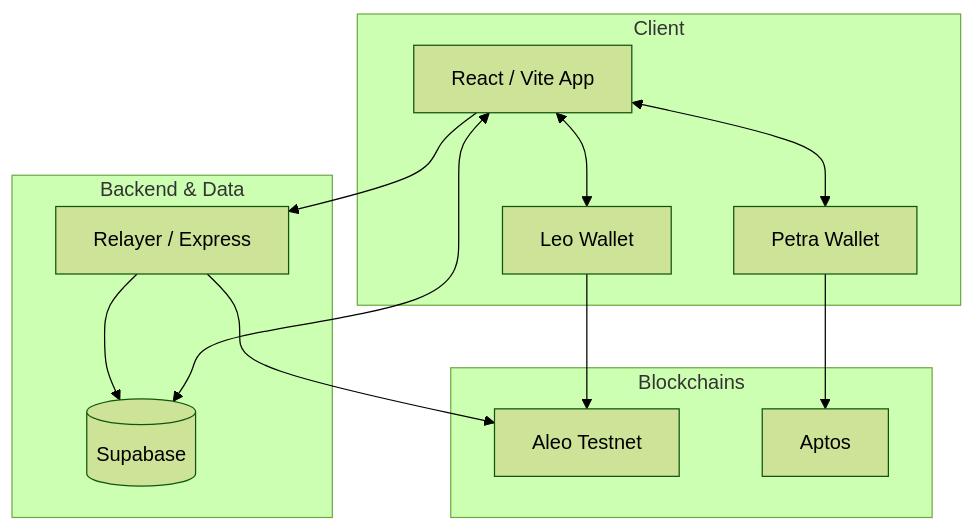
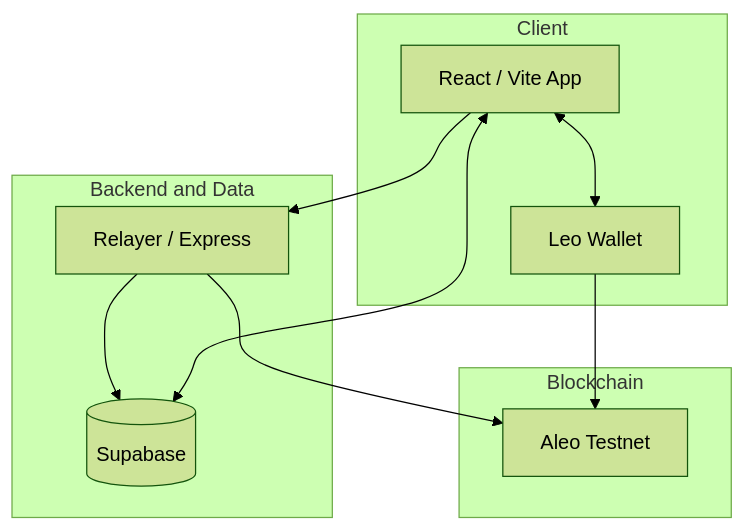
One commit to AmaanSayyad/PrivatePay-Aleo changed the fourth of 6 diagrams in README.md. Above: the diagram before and after it, drawn with Mermaid (forest theme). The commit also changed other lines of this file and 40 other files, not shown here.

````diff
--- a/README.md
+++ b/README.md
@@ -320,27 +318,23 @@
 ```mermaid
 flowchart TB
   subgraph Client["Client"]
     UI[React / Vite App]
     Leo[Leo Wallet]
-    Petra[Petra Wallet]
   end
 
-  subgraph Chains["Blockchains"]
+  subgraph Chains["Blockchain"]
     Aleo[Aleo Testnet]
-    Aptos[Aptos]
   end
 
-  subgraph Backend["Backend & Data"]
+  subgraph Backend["Backend and Data"]
     Supabase[(Supabase)]
     Relayer[Relayer / Express]
   end
 
   UI <--> Leo
-  UI <--> Petra
   Leo --> Aleo
-  Petra --> Aptos
   UI <--> Supabase
   UI --> Relayer
   Relayer --> Aleo
   Relayer --> Supabase
 ```
````
